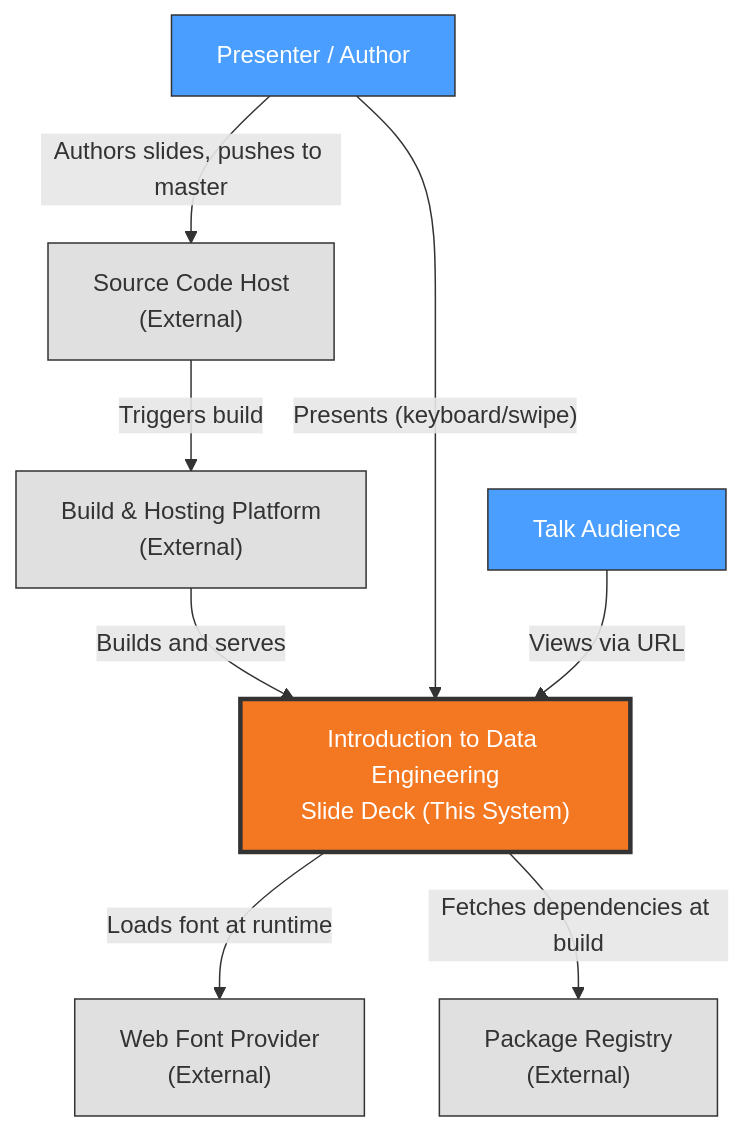
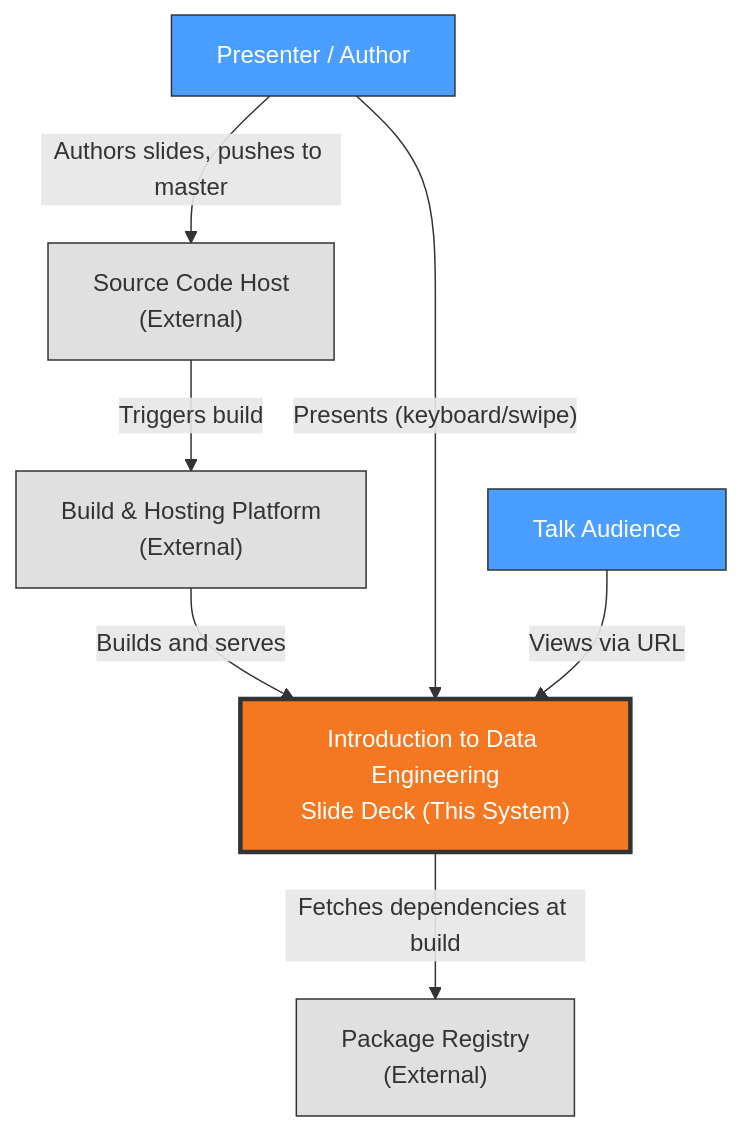
The diagram in .specify/architect/views/system/context.md (sshahar1/introduction-to-data-engineering), drawn with Mermaid before and after one commit. The commit also changed other lines of this file and 10 other files, not shown here.

````diff
--- a/.specify/architect/views/system/context.md
+++ b/.specify/architect/views/system/context.md
@@ -46,28 +45,26 @@
 ```mermaid
 graph TD
     Presenter["Presenter / Author"]
     Audience["Talk Audience"]
 
     System["Introduction to Data Engineering<br/>Slide Deck (This System)"]
 
     GitHub["Source Code Host<br/>(External)"]
     Netlify["Build & Hosting Platform<br/>(External)"]
-    Fonts["Web Font Provider<br/>(External)"]
     Registry["Package Registry<br/>(External)"]
 
     Presenter -->|"Authors slides, pushes to master"| GitHub
     GitHub -->|"Triggers build"| Netlify
     Netlify -->|"Builds and serves"| System
     Presenter -->|"Presents (keyboard/swipe)"| System
     Audience -->|"Views via URL"| System
-    System -->|"Loads font at runtime"| Fonts
     System -->|"Fetches dependencies at build"| Registry
 
     classDef systemNode fill:#f47721,stroke:#333,stroke-width:3px,color:#fff
     classDef stakeholderNode fill:#4a9eff,stroke:#333,stroke-width:1px,color:#fff
     classDef externalNode fill:#e0e0e0,stroke:#333,stroke-width:1px
 
     class System systemNode
     class Presenter,Audience stakeholderNode
-    class GitHub,Netlify,Fonts,Registry externalNode
+    class GitHub,Netlify,Registry externalNode
 ```
````
